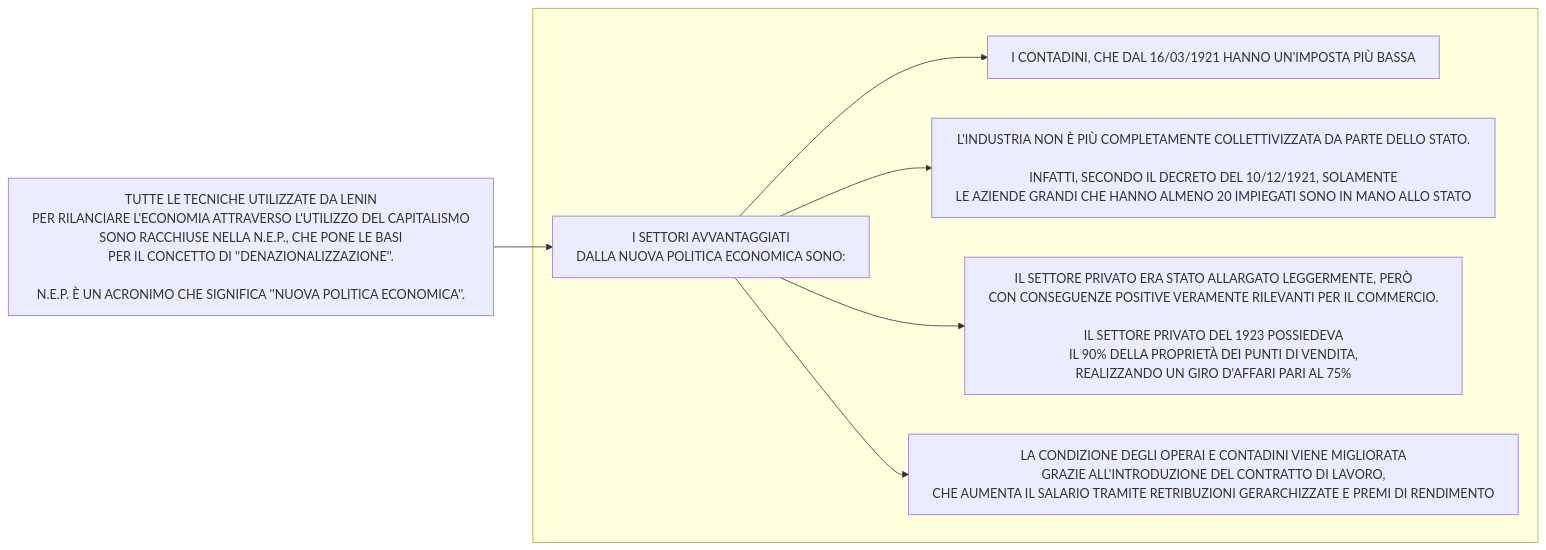
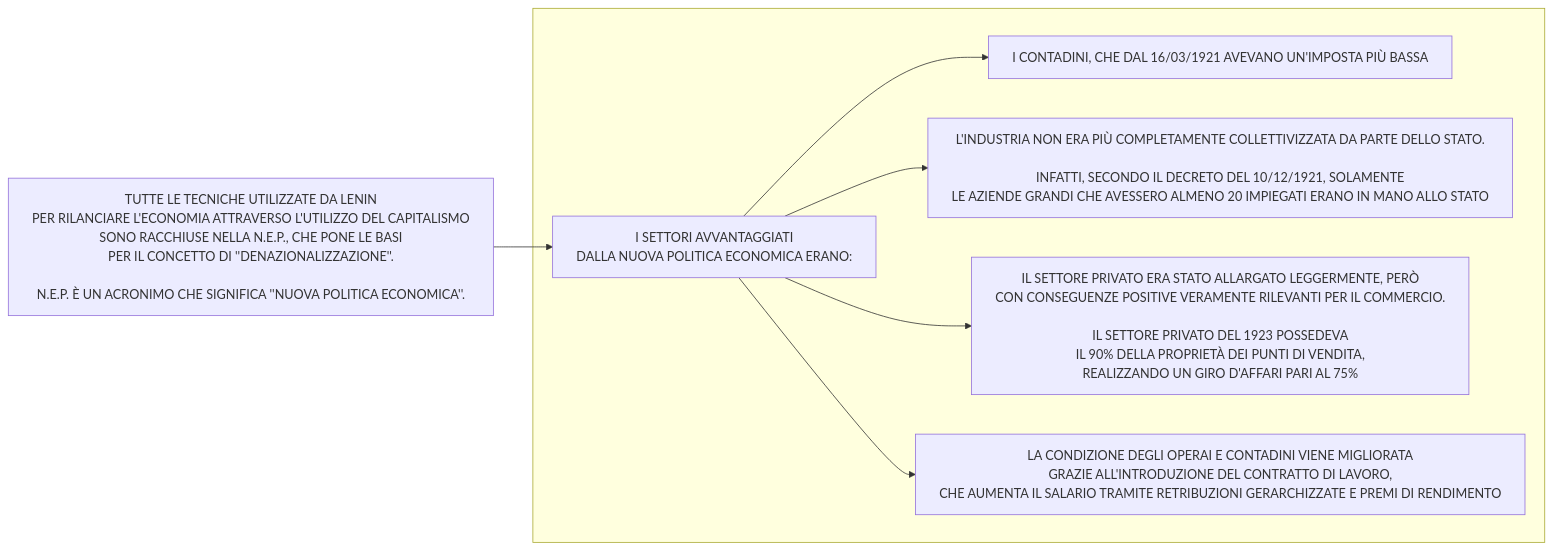
One commit to Laaouatni/ricerca-storia-MermaidJS changed diagram 20 of 22 in stalinismoRiscrittura.md. Above: the diagram before and after it, drawn with Mermaid.

````diff
--- a/stalinismoRiscrittura.md
+++ b/stalinismoRiscrittura.md
@@ -399,13 +399,13 @@
 ```mermaid
 %%{init: { "flowchart": { "wrappingWidth": 800 } }}%%
 flowchart LR
   0[TUTTE LE TECNICHE UTILIZZATE DA LENIN <BR>PER RILANCIARE L'ECONOMIA ATTRAVERSO L'UTILIZZO DEL CAPITALISMO <BR> SONO RACCHIUSE NELLA N.E.P., CHE PONE LE BASI <BR>PER IL CONCETTO DI ''DENAZIONALIZZAZIONE''. <BR><BR>N.E.P. È UN ACRONIMO CHE SIGNIFICA ''NUOVA POLITICA ECONOMICA''.]
   subgraph 2[" "]
-    1[I SETTORI AVVANTAGGIATI <BR>DALLA NUOVA POLITICA ECONOMICA SONO:]
-    10[I CONTADINI, CHE DAL 16/03/1921 HANNO UN'IMPOSTA PIÙ BASSA]
-    11[L'INDUSTRIA NON È PIÙ COMPLETAMENTE COLLETTIVIZZATA DA PARTE DELLO STATO. <br><br>INFATTI, SECONDO IL DECRETO DEL 10/12/1921, SOLAMENTE<br> LE AZIENDE GRANDI CHE HANNO ALMENO 20 IMPIEGATI SONO IN MANO ALLO STATO]
-    12[IL SETTORE PRIVATO ERA STATO ALLARGATO LEGGERMENTE, PERÒ <br>CON CONSEGUENZE POSITIVE VERAMENTE RILEVANTI PER IL COMMERCIO. <br><br>IL SETTORE PRIVATO DEL 1923 POSSIEDEVA <BR>IL 90% DELLA PROPRIETÀ DEI PUNTI DI VENDITA, <br>REALIZZANDO UN GIRO D'AFFARI PARI AL 75%]
+    1[I SETTORI AVVANTAGGIATI <BR>DALLA NUOVA POLITICA ECONOMICA ERANO:]
+    10[I CONTADINI, CHE DAL 16/03/1921 AVEVANO UN'IMPOSTA PIÙ BASSA]
+    11[L'INDUSTRIA NON ERA PIÙ COMPLETAMENTE COLLETTIVIZZATA DA PARTE DELLO STATO. <br><br>INFATTI, SECONDO IL DECRETO DEL 10/12/1921, SOLAMENTE<br> LE AZIENDE GRANDI CHE AVESSERO ALMENO 20 IMPIEGATI ERANO IN MANO ALLO STATO]
+    12[IL SETTORE PRIVATO ERA STATO ALLARGATO LEGGERMENTE, PERÒ <br>CON CONSEGUENZE POSITIVE VERAMENTE RILEVANTI PER IL COMMERCIO. <br><br>IL SETTORE PRIVATO DEL 1923 POSSEDEVA <BR>IL 90% DELLA PROPRIETÀ DEI PUNTI DI VENDITA, <br>REALIZZANDO UN GIRO D'AFFARI PARI AL 75%]
     13[LA CONDIZIONE DEGLI OPERAI E CONTADINI VIENE MIGLIORATA <br>GRAZIE ALL'INTRODUZIONE DEL CONTRATTO DI LAVORO, <br>CHE AUMENTA IL SALARIO TRAMITE RETRIBUZIONI GERARCHIZZATE E PREMI DI RENDIMENTO]
   end
   0 --> 1 --> 10 & 11 & 12 & 13
 ```
````
